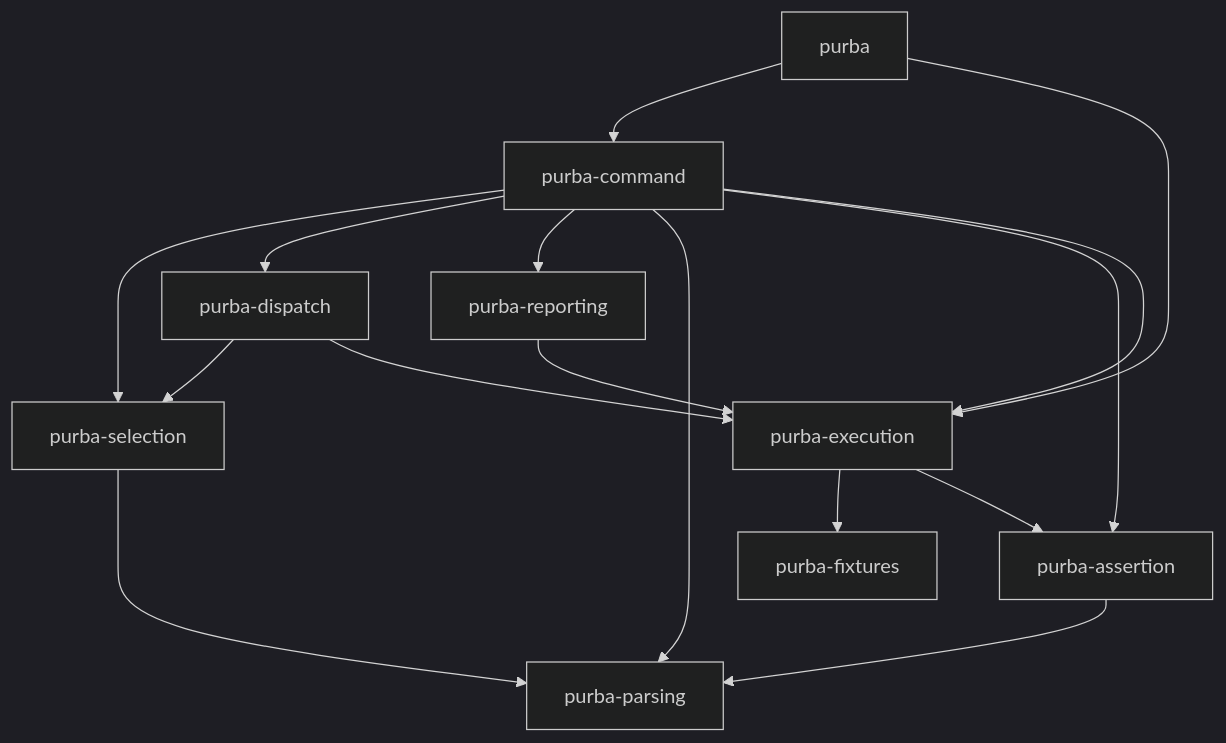
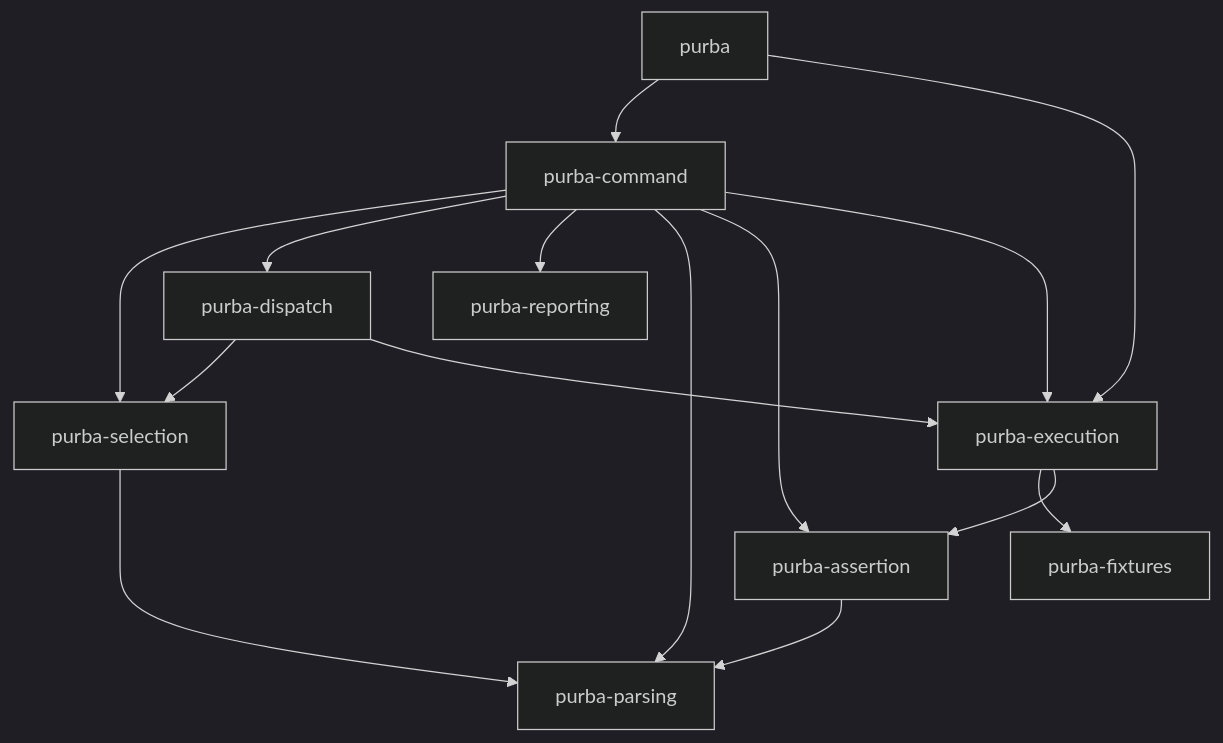
The diagram in docs/decisions/each-part-is-a-crate.md (kalonji-tools/purba), drawn with Mermaid (dark theme) before and after one commit. The commit also changed other lines of this file and 55 other files, not shown here.

````diff
--- a/docs/decisions/each-part-is-a-crate.md
+++ b/docs/decisions/each-part-is-a-crate.md
@@ -47,18 +48,17 @@
 ```mermaid
 flowchart TD
   purba --> purba-command
   purba --> purba-execution
   purba-command --> purba-selection
   purba-command --> purba-dispatch
   purba-command --> purba-reporting
   purba-command --> purba-parsing
   purba-command --> purba-assertion
   purba-command --> purba-execution
   purba-selection --> purba-parsing
   purba-assertion --> purba-parsing
   purba-dispatch --> purba-selection
   purba-dispatch --> purba-execution
   purba-execution --> purba-fixtures
   purba-execution --> purba-assertion
-  purba-reporting --> purba-execution
 ```
````
